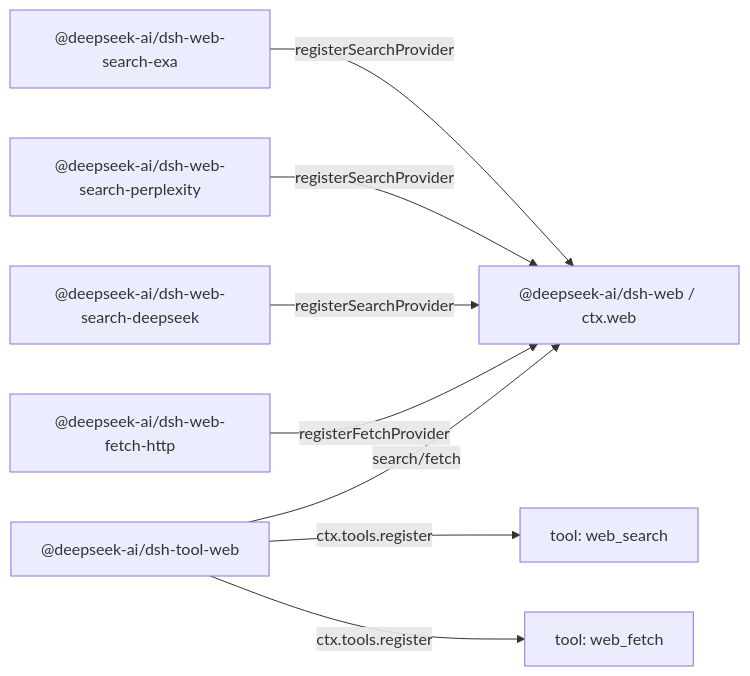
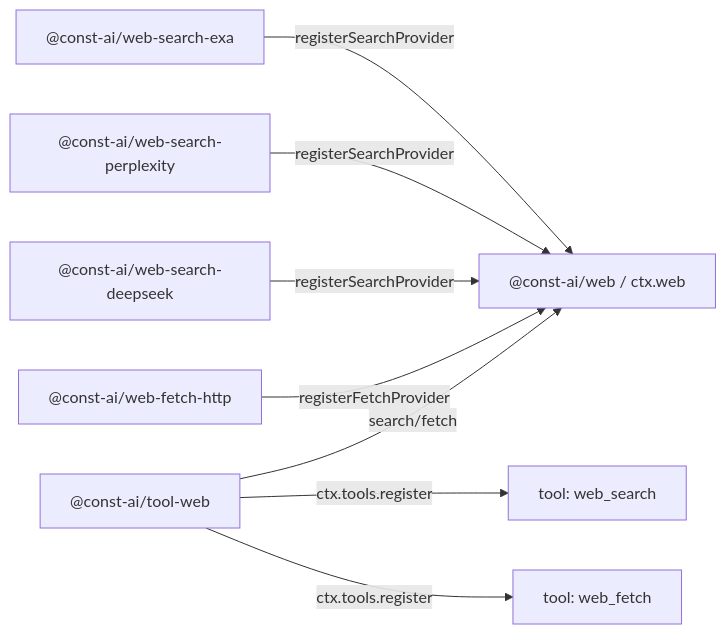
Before and after one commit to alifconstantine/const-harness: the diagram in .agents/notes/implemented/architecture/2026-06-24-web-capability-seam.md, drawn with Mermaid. The commit also changed other lines of this file and 3788 other files, not shown here.

````diff
--- a/.agents/notes/implemented/architecture/2026-06-24-web-capability-seam.md
+++ b/.agents/notes/implemented/architecture/2026-06-24-web-capability-seam.md
@@ -58,10 +58,10 @@
 ```mermaid
 flowchart LR
-  exa["@deepseek-ai/dsh-web-search-exa"] -->|registerSearchProvider| web["@deepseek-ai/dsh-web / ctx.web"]
-  perplexity["@deepseek-ai/dsh-web-search-perplexity"] -->|registerSearchProvider| web
-  deepseek["@deepseek-ai/dsh-web-search-deepseek"] -->|registerSearchProvider| web
-  fetchLocal["@deepseek-ai/dsh-web-fetch-http"] -->|registerFetchProvider| web
-  toolWeb["@deepseek-ai/dsh-tool-web"] -->|search/fetch| web
+  exa["@const-ai/web-search-exa"] -->|registerSearchProvider| web["@const-ai/web / ctx.web"]
+  perplexity["@const-ai/web-search-perplexity"] -->|registerSearchProvider| web
+  deepseek["@const-ai/web-search-deepseek"] -->|registerSearchProvider| web
+  fetchLocal["@const-ai/web-fetch-http"] -->|registerFetchProvider| web
+  toolWeb["@const-ai/tool-web"] -->|search/fetch| web
   toolWeb -->|ctx.tools.register| webSearch["tool: web_search"]
   toolWeb -->|ctx.tools.register| webFetch["tool: web_fetch"]
 ```
````
